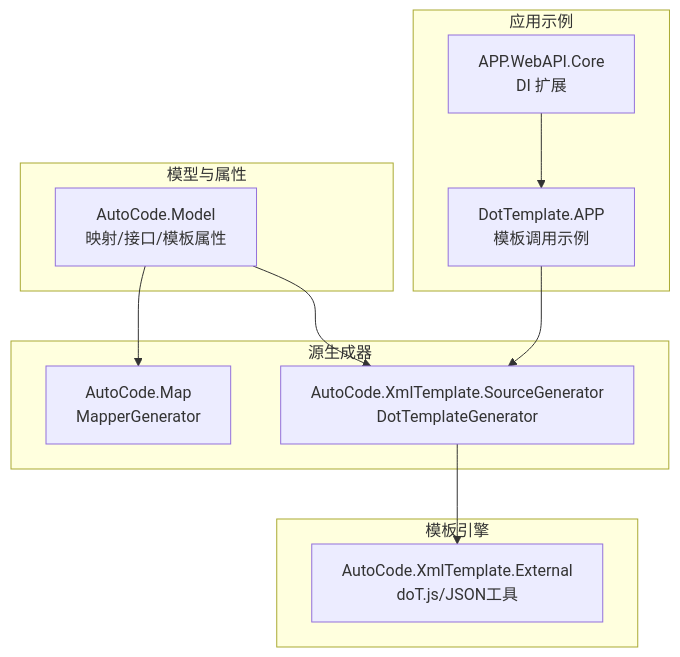
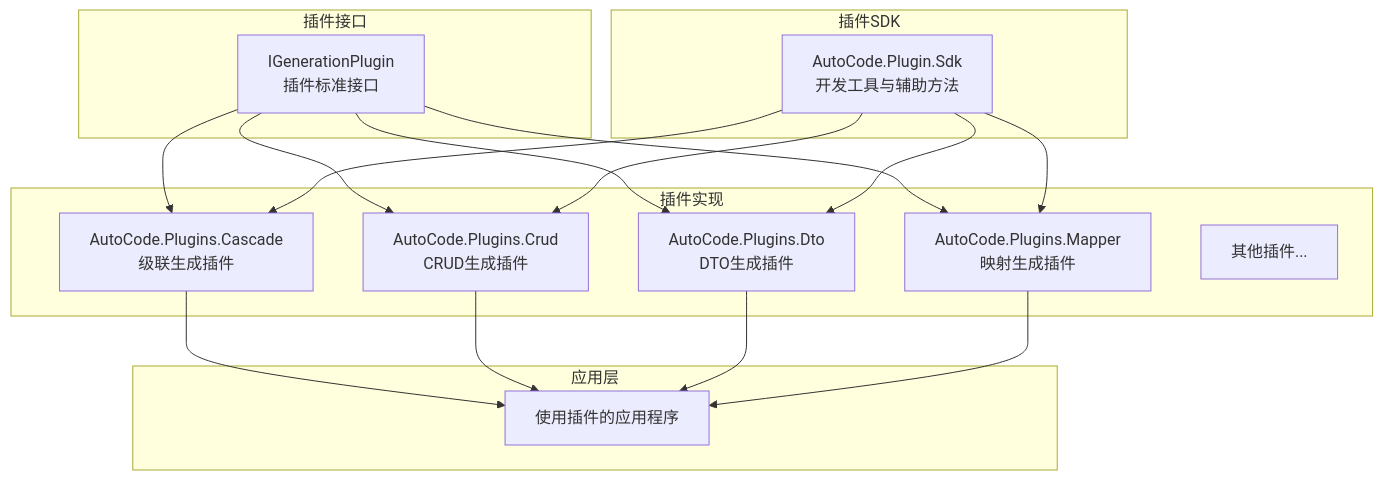
One commit to alivy/AutoCode changed the first of 5 diagrams in .qoder/repowiki/zh/content/扩展开发/扩展开发.md. Above: the diagram before and after it, drawn with Mermaid. The commit also changed other lines of this file and 150 other files, not shown here.

````diff
--- a/.qoder/repowiki/zh/content/扩展开发/扩展开发.md
+++ b/.qoder/repowiki/zh/content/扩展开发/扩展开发.md
@@ -68,22 +50,31 @@
 ```mermaid
 graph TB
-subgraph "模型与属性"
-M1["AutoCode.Model<br/>映射/接口/模板属性"]
+subgraph "插件接口"
+I1["IGenerationPlugin<br/>插件标准接口"]
 end
-subgraph "源生成器"
-G1["AutoCode.Map<br/>MapperGenerator"]
-G2["AutoCode.XmlTemplate.SourceGenerator<br/>DotTemplateGenerator"]
+subgraph "插件SDK"
+S1["AutoCode.Plugin.Sdk<br/>开发工具与辅助方法"]
 end
-subgraph "模板引擎"
-T1["AutoCode.XmlTemplate.External<br/>doT.js/JSON工具"]
+subgraph "插件实现"
+P1["AutoCode.Plugins.Cascade<br/>级联生成插件"]
+P2["AutoCode.Plugins.Crud<br/>CRUD生成插件"]
+P3["AutoCode.Plugins.Dto<br/>DTO生成插件"]
+P4["AutoCode.Plugins.Mapper<br/>映射生成插件"]
+P5["其他插件..."]
 end
-subgraph "应用示例"
-A1["DotTemplate.APP<br/>模板调用示例"]
-A2["APP.WebAPI.Core<br/>DI 扩展"]
+subgraph "应用层"
+A1["使用插件的应用程序"]
 end
-M1 --> G1
-M1 --> G2
-G2 --> T1
-A1 --> G2
-A2 --> A1
+I1 --> P1
+I1 --> P2
+I1 --> P3
+I1 --> P4
+S1 --> P1
+S1 --> P2
+S1 --> P3
+S1 --> P4
+P1 --> A1
+P2 --> A1
+P3 --> A1
+P4 --> A1
 ```
````
